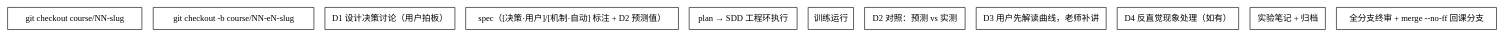
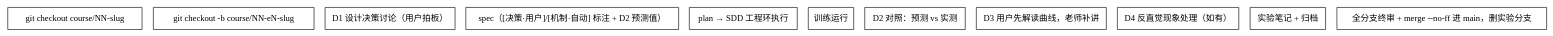
One commit to SuperAlways/gomoku-rl changed the diagram in docs/course/branching-sop.md. Above: the diagram before and after it, drawn with Graphviz. The commit also changed other lines of this file and 1 other file, not shown here.

Commit message:
docs: SOP 改为实验分支直接叠加 main（无课分支）+ README 每课洁净空间锚点

````diff
--- a/docs/course/branching-sop.md
+++ b/docs/course/branching-sop.md
@@ -86,16 +91,16 @@
 ```dot
 digraph experiment {
   rankdir=TB;
   "git checkout course/NN-slug" [shape=box];
   "git checkout -b course/NN-eN-slug" [shape=box];
   "D1 设计决策讨论（用户拍板）" [shape=box];
   "spec（[决策·用户]/[机制·自动] 标注 + D2 预测值）" [shape=box];
   "plan → SDD 工程环执行" [shape=box];
   "训练运行" [shape=box];
   "D2 对照：预测 vs 实测" [shape=box];
   "D3 用户先解读曲线，老师补讲" [shape=box];
   "D4 反直觉现象处理（如有）" [shape=box];
   "实验笔记 + 归档" [shape=box];
-  "全分支终审 + merge --no-ff 回课分支" [shape=box];
+  "全分支终审 + merge --no-ff 进 main，删实验分支" [shape=box];
 }
 ```
````
